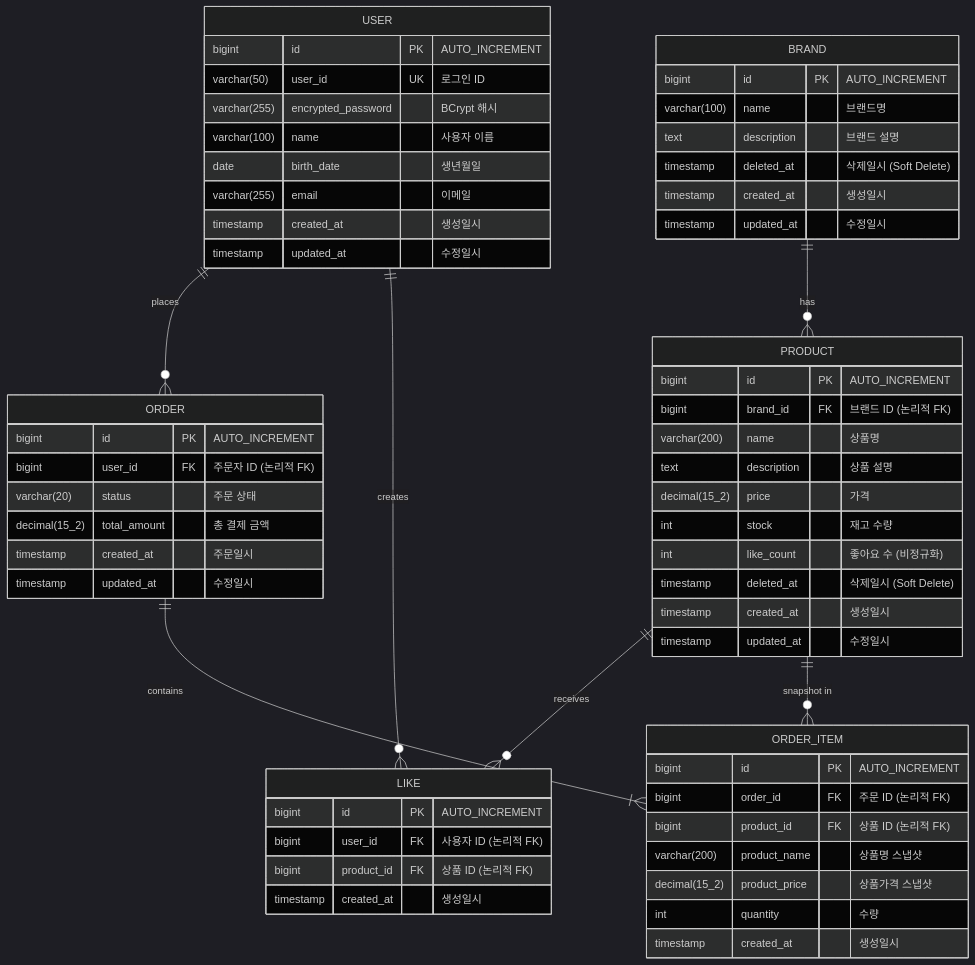
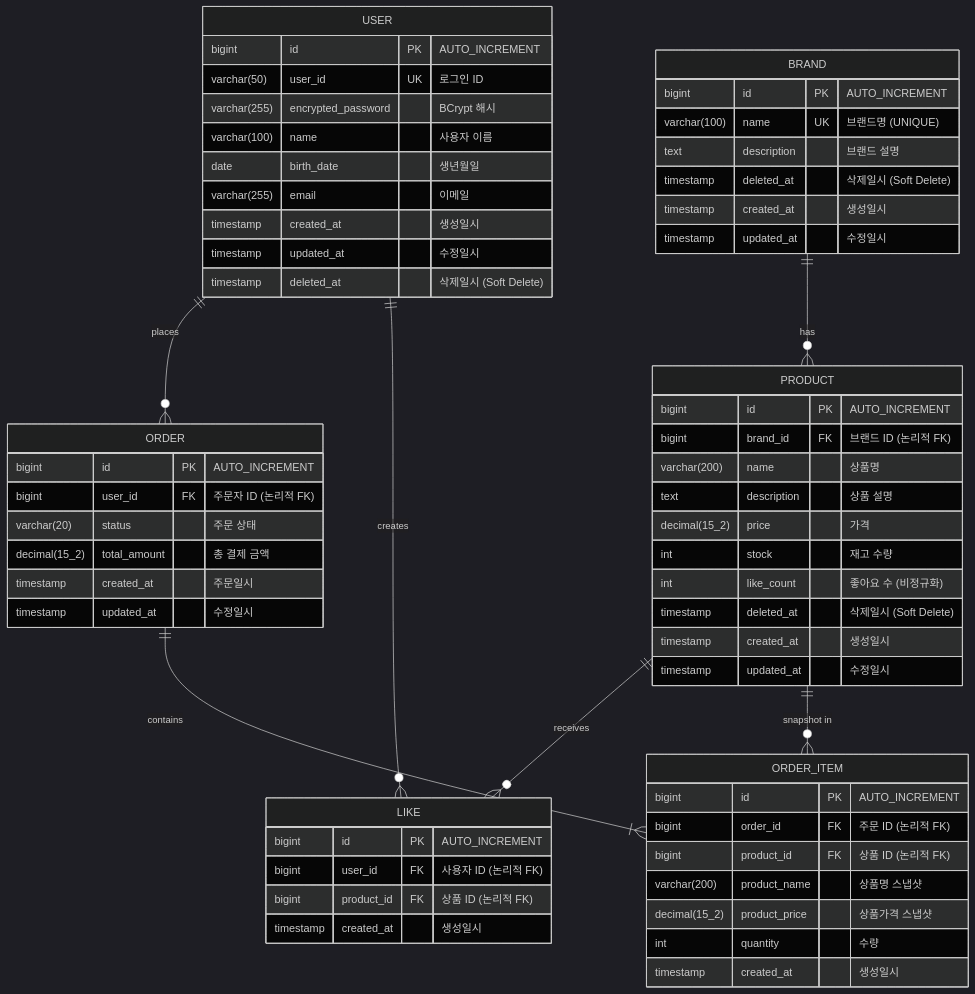
The diagram in .docs/design/04-erd.md (Loopers-dev-lab/loop-pack-be-l2-vol3-kotlin), drawn with Mermaid (dark theme) before and after one commit. The commit also changed other lines of this file and 4 other files, not shown here.

````diff
--- a/.docs/design/04-erd.md
+++ b/.docs/design/04-erd.md
@@ -17,68 +17,69 @@
 ```mermaid
 erDiagram
     USER ||--o{ ORDER : places
     USER ||--o{ LIKE : creates
     BRAND ||--o{ PRODUCT : has
     PRODUCT ||--o{ LIKE : receives
     PRODUCT ||--o{ ORDER_ITEM : "snapshot in"
     ORDER ||--|{ ORDER_ITEM : contains
 
     USER {
         bigint id PK "AUTO_INCREMENT"
         varchar(50) user_id UK "로그인 ID"
         varchar(255) encrypted_password "BCrypt 해시"
         varchar(100) name "사용자 이름"
         date birth_date "생년월일"
         varchar(255) email "이메일"
         timestamp created_at "생성일시"
         timestamp updated_at "수정일시"
+        timestamp deleted_at "삭제일시 (Soft Delete)"
     }
 
     BRAND {
         bigint id PK "AUTO_INCREMENT"
-        varchar(100) name "브랜드명"
+        varchar(100) name UK "브랜드명 (UNIQUE)"
         text description "브랜드 설명"
         timestamp deleted_at "삭제일시 (Soft Delete)"
         timestamp created_at "생성일시"
         timestamp updated_at "수정일시"
     }
 
     PRODUCT {
         bigint id PK "AUTO_INCREMENT"
         bigint brand_id FK "브랜드 ID (논리적 FK)"
         varchar(200) name "상품명"
         text description "상품 설명"
         decimal(15_2) price "가격"
         int stock "재고 수량"
         int like_count "좋아요 수 (비정규화)"
         timestamp deleted_at "삭제일시 (Soft Delete)"
         timestamp created_at "생성일시"
         timestamp updated_at "수정일시"
     }
 
     LIKE {
         bigint id PK "AUTO_INCREMENT"
         bigint user_id FK "사용자 ID (논리적 FK)"
         bigint product_id FK "상품 ID (논리적 FK)"
         timestamp created_at "생성일시"
     }
 
     ORDER {
         bigint id PK "AUTO_INCREMENT"
         bigint user_id FK "주문자 ID (논리적 FK)"
         varchar(20) status "주문 상태"
         decimal(15_2) total_amount "총 결제 금액"
         timestamp created_at "주문일시"
         timestamp updated_at "수정일시"
     }
 
     ORDER_ITEM {
         bigint id PK "AUTO_INCREMENT"
         bigint order_id FK "주문 ID (논리적 FK)"
         bigint product_id FK "상품 ID (논리적 FK)"
         varchar(200) product_name "상품명 스냅샷"
         decimal(15_2) product_price "상품가격 스냅샷"
         int quantity "수량"
         timestamp created_at "생성일시"
     }
 ```
````
